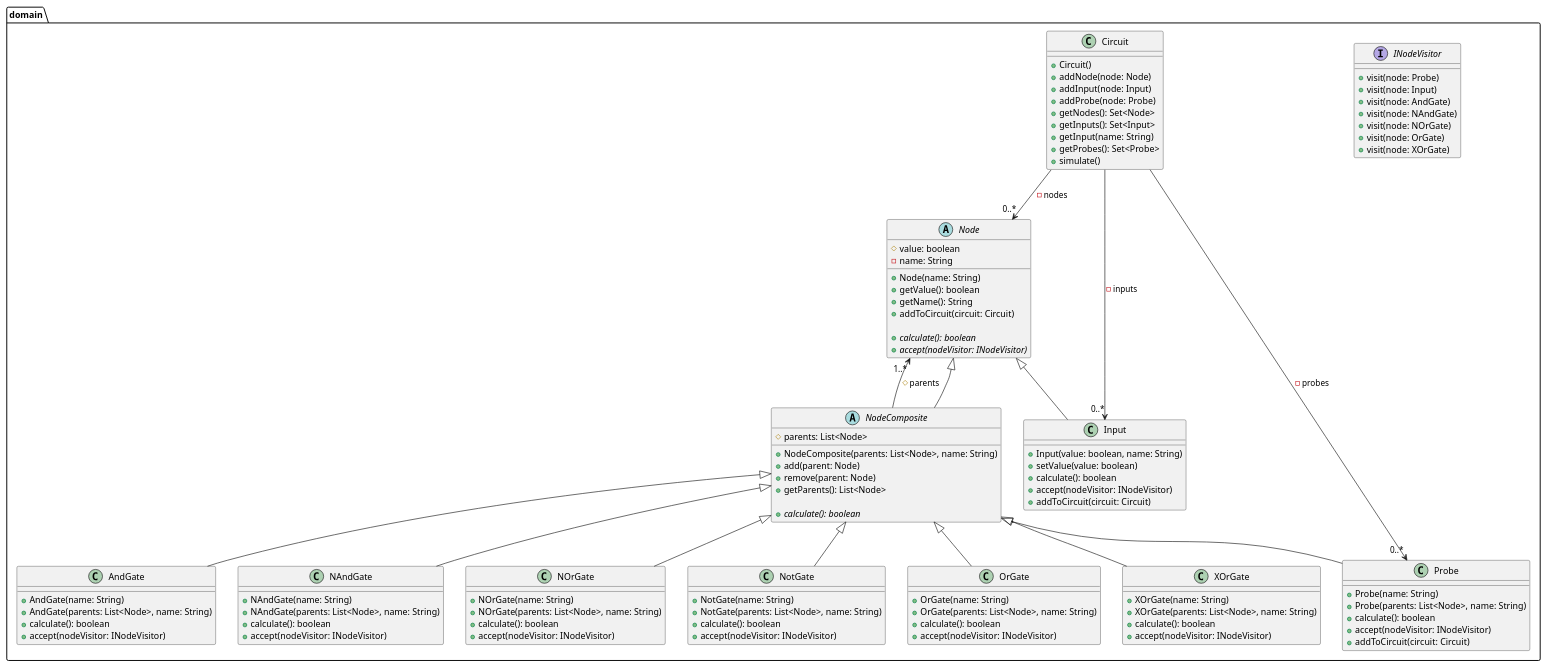
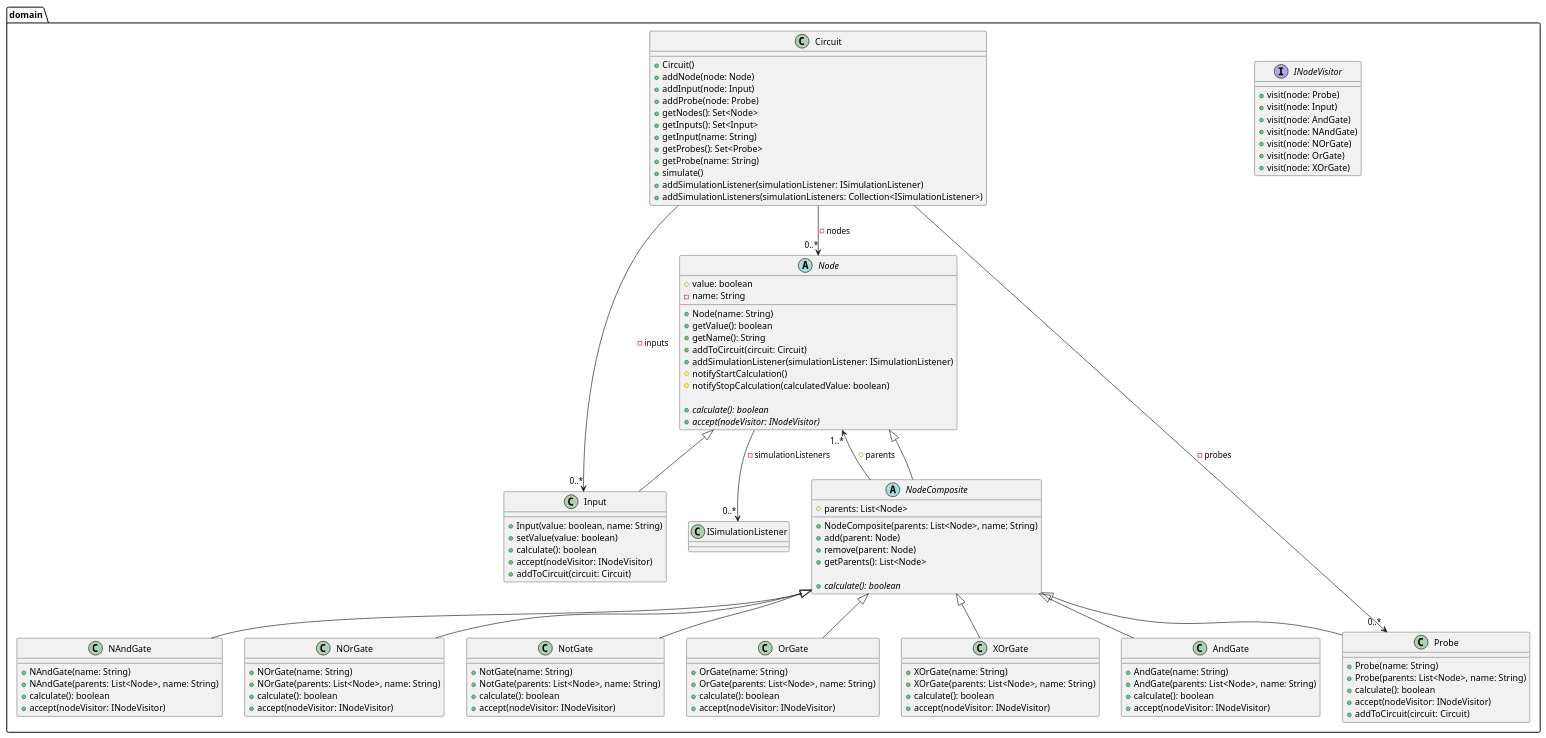
Before and after one commit to stevenliebregt/avans-dp1-sirkwie: the diagram in docs/diagrams/dkd-core-domain.puml, drawn with PlantUML. The commit also changed 122 other files, not shown here.

```diff
--- a/docs/diagrams/dkd-core-domain.puml
+++ b/docs/diagrams/dkd-core-domain.puml
@@ -1,113 +1,120 @@
 @startuml
 
 package domain {
     abstract class Node {
         #value: boolean
         -name: String
 
         +Node(name: String)
         +getValue(): boolean
         +getName(): String
         +addToCircuit(circuit: Circuit)
+        +addSimulationListener(simulationListener: ISimulationListener)
+        #notifyStartCalculation()
+        #notifyStopCalculation(calculatedValue: boolean)
 
         +{abstract}calculate(): boolean
         +{abstract}accept(nodeVisitor: INodeVisitor)
     }
+    Node --> "0..*" ISimulationListener : -simulationListeners
 
     abstract class NodeComposite extends Node {
         #parents: List<Node>
 
         +NodeComposite(parents: List<Node>, name: String)
         +add(parent: Node)
         +remove(parent: Node)
         +getParents(): List<Node>
 
         +{abstract}calculate(): boolean
     }
     NodeComposite " " --> "1..*" Node : #parents
 
     interface INodeVisitor {
         +visit(node: Probe)
         +visit(node: Input)
         +visit(node: AndGate)
         +visit(node: NAndGate)
         +visit(node: NOrGate)
         +visit(node: OrGate)
         +visit(node: XOrGate)
     }
 
     class Circuit {
         +Circuit()
         +addNode(node: Node)
         +addInput(node: Input)
         +addProbe(node: Probe)
         +getNodes(): Set<Node>
         +getInputs(): Set<Input>
         +getInput(name: String)
         +getProbes(): Set<Probe>
+        +getProbe(name: String)
         +simulate()
+        +addSimulationListener(simulationListener: ISimulationListener)
+        +addSimulationListeners(simulationListeners: Collection<ISimulationListener>)
     }
     Circuit " " --> "0..*" Node : -nodes
     Circuit " " --> "0..*" Input : -inputs
     Circuit " " --> "0..*" Probe : -probes
 
     class Input extends Node {
         +Input(value: boolean, name: String)
         +setValue(value: boolean)
         +calculate(): boolean
         +accept(nodeVisitor: INodeVisitor)
         +addToCircuit(circuit: Circuit)
     }
 
     class Probe extends NodeComposite {
         +Probe(name: String)
         +Probe(parents: List<Node>, name: String)
         +calculate(): boolean
         +accept(nodeVisitor: INodeVisitor)
         +addToCircuit(circuit: Circuit)
     }
 
     class AndGate extends NodeComposite {
         +AndGate(name: String)
         +AndGate(parents: List<Node>, name: String)
         +calculate(): boolean
         +accept(nodeVisitor: INodeVisitor)
     }
 
     class NAndGate extends NodeComposite {
         +NAndGate(name: String)
         +NAndGate(parents: List<Node>, name: String)
         +calculate(): boolean
         +accept(nodeVisitor: INodeVisitor)
     }
 
     class NOrGate extends NodeComposite {
         +NOrGate(name: String)
         +NOrGate(parents: List<Node>, name: String)
         +calculate(): boolean
         +accept(nodeVisitor: INodeVisitor)
     }
 
     class NotGate extends NodeComposite {
         +NotGate(name: String)
         +NotGate(parents: List<Node>, name: String)
         +calculate(): boolean
         +accept(nodeVisitor: INodeVisitor)
     }
 
     class OrGate extends NodeComposite {
         +OrGate(name: String)
         +OrGate(parents: List<Node>, name: String)
         +calculate(): boolean
         +accept(nodeVisitor: INodeVisitor)
     }
 
     class XOrGate extends NodeComposite {
         +XOrGate(name: String)
         +XOrGate(parents: List<Node>, name: String)
         +calculate(): boolean
         +accept(nodeVisitor: INodeVisitor)
     }
 }
 
 @enduml
```
